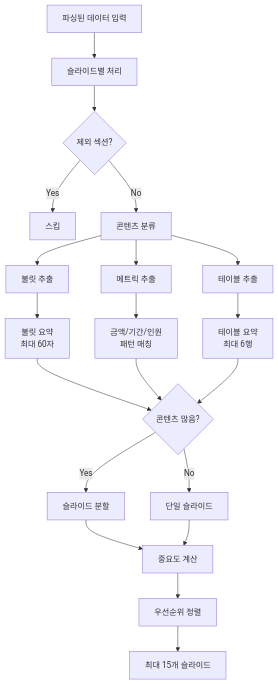
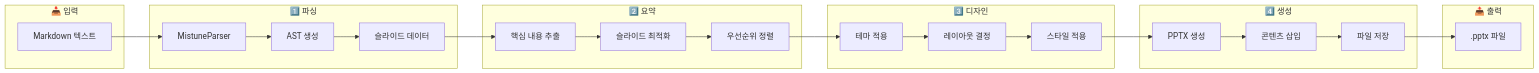
Before and after one commit to donseok/doc_gen: the third of 11 diagrams in ppt-doc-automation/docs/PROJECT_ANALYSIS.md, drawn with Mermaid. The commit also changed other lines of this file and 2 other files, not shown here.

````diff
--- a/ppt-doc-automation/docs/PROJECT_ANALYSIS.md
+++ b/ppt-doc-automation/docs/PROJECT_ANALYSIS.md
@@ -221,29 +187,39 @@
 ```mermaid
-flowchart TD
-    A[파싱된 데이터 입력] --> B[슬라이드별 처리]
-
-    B --> C{제외 섹션?}
-    C -->|Yes| D[스킵]
-    C -->|No| E[콘텐츠 분류]
-
-    E --> F[불릿 추출]
-    E --> G[메트릭 추출]
-    E --> H[테이블 추출]
-
-    F --> I[불릿 요약<br/>최대 60자]
-    G --> J[금액/기간/인원<br/>패턴 매칭]
-    H --> K[테이블 요약<br/>최대 6행]
-
-    I --> L{콘텐츠 많음?}
-    J --> L
-    K --> L
-
-    L -->|Yes| M[슬라이드 분할]
-    L -->|No| N[단일 슬라이드]
-
-    M --> O[중요도 계산]
-    N --> O
-
-    O --> P[우선순위 정렬]
-    P --> Q[최대 15개 슬라이드]
+flowchart LR
+    subgraph Input["📥 입력"]
+        MD[Markdown 텍스트]
+    end
+    
+    subgraph Stage1["1️⃣ 파싱"]
+        Parse[MistuneParser]
+        AST[AST 생성]
+        SlideData[슬라이드 데이터]
+    end
+    
+    subgraph Stage2["2️⃣ 요약"]
+        Extract[핵심 내용 추출]
+        Optimize[슬라이드 최적화]
+        Priority[우선순위 정렬]
+    end
+    
+    subgraph Stage3["3️⃣ 디자인"]
+        Theme[테마 적용]
+        Layout[레이아웃 결정]
+        Style[스타일 적용]
+    end
+    
+    subgraph Stage4["4️⃣ 생성"]
+        Create[PPTX 생성]
+        Insert[콘텐츠 삽입]
+        Save[파일 저장]
+    end
+    
+    subgraph Output["📤 출력"]
+        PPTX[.pptx 파일]
+    end
+    
+    MD --> Parse --> AST --> SlideData
+    SlideData --> Extract --> Optimize --> Priority
+    Priority --> Theme --> Layout --> Style
+    Style --> Create --> Insert --> Save --> PPTX
 ```
````
